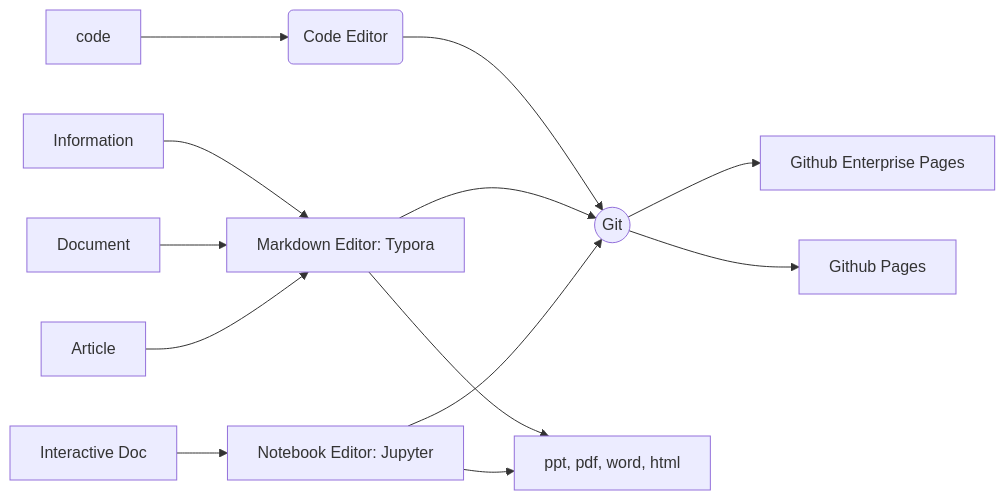
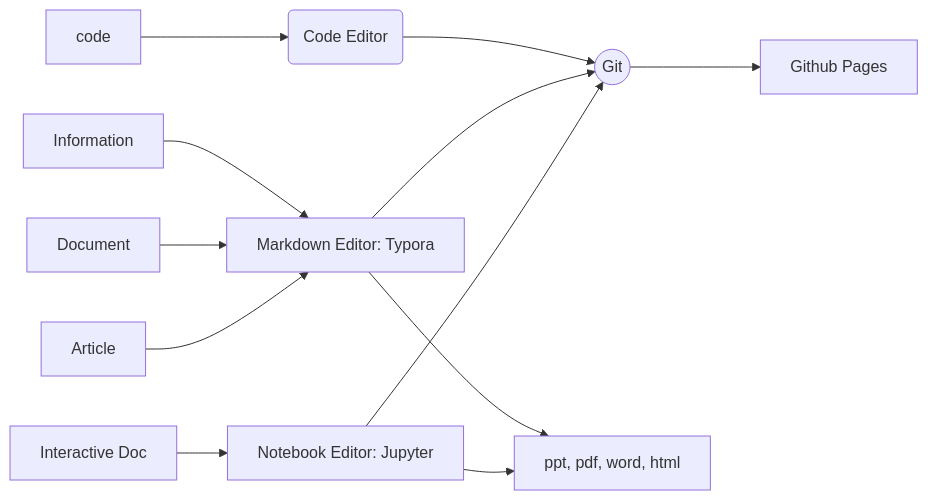
The diagram in _posts/take_notes.md (xuxiangwen/xuxiangwen.github.io), drawn with Mermaid before and after one commit. The commit also changed other lines of this file, not shown here.

```diff
--- a/_posts/take_notes.md
+++ b/_posts/take_notes.md
@@ -115,15 +115,14 @@
 ~~~mermaid
 graph LR; 
     CE --> Git((Git));  
     Information--> MDE[Markdown Editor: Typora];   
     Document--> MDE;
     Article--> MDE;    
     ID[Interactive Doc]-->NE[Notebook Editor: Jupyter];
     code --> CE(Code Editor);  
     MDE-->Others[ppt, pdf, word, html];
     NE-->Others;    
     MDE--> Git; 
     NE--> Git;
-    Git-->GE["Github Enterprise Pages"];
     Git-->GitHub["Github Pages"];  
 ~~~
```
